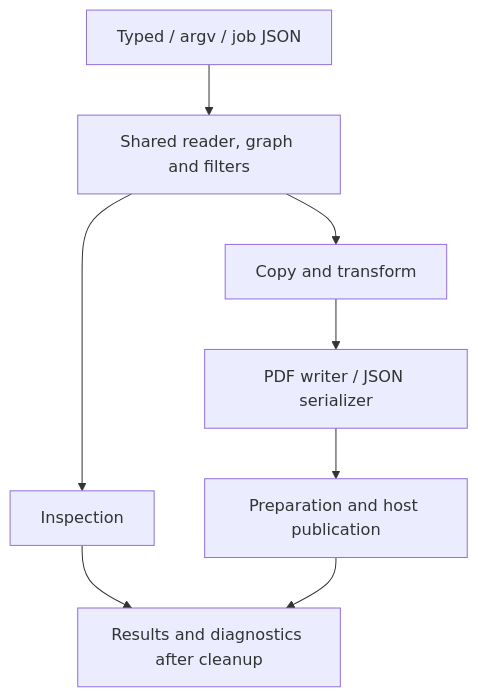
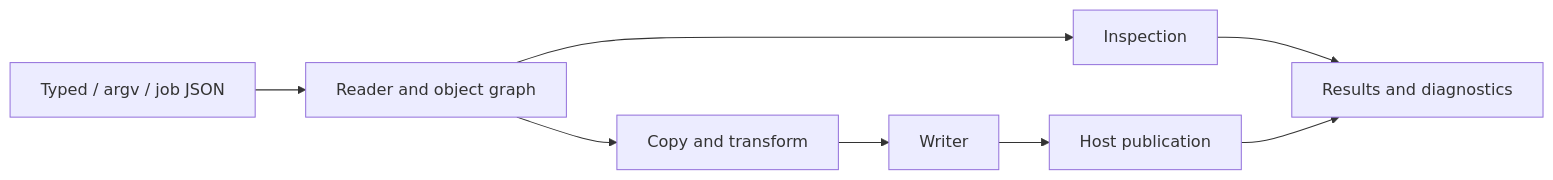
The diagram in ARCHITECTURE.md (Lokad/qpdf), drawn with Mermaid before and after one commit. The commit also changed other lines of this file and 1 other file, not shown here.

Commit message:
Docs: clarify library introduction and architecture

````diff
--- a/ARCHITECTURE.md
+++ b/ARCHITECTURE.md
@@ -19,10 +11,10 @@
 ```mermaid
-flowchart TB
-    Entry[Typed / argv / job JSON] --> Core[Shared reader, graph and filters]
-    Core --> Inspect[Inspection]
-    Core --> Copy[Copy and transform]
-    Copy --> Writer[PDF writer / JSON serializer]
-    Writer --> Host[Preparation and host publication]
-    Inspect --> Results[Results and diagnostics after cleanup]
-    Host --> Results
+flowchart LR
+    Entry[Typed / argv / job JSON] --> Reader[Reader and object graph]
+    Reader --> Inspect[Inspection]
+    Reader --> Transform[Copy and transform]
+    Transform --> Writer[Writer]
+    Writer --> Host[Host publication]
+    Inspect --> Result[Results and diagnostics]
+    Host --> Result
 ```
````
